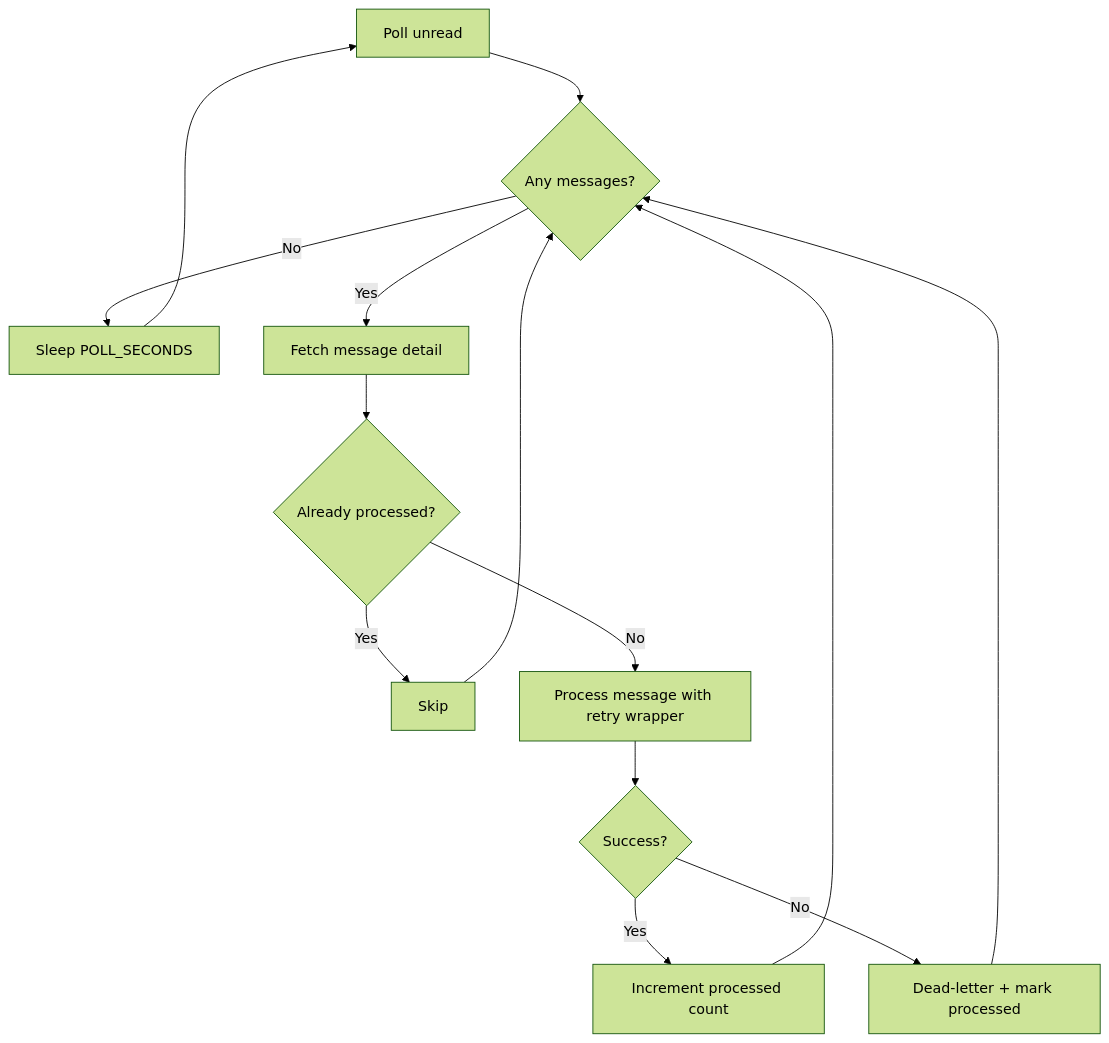
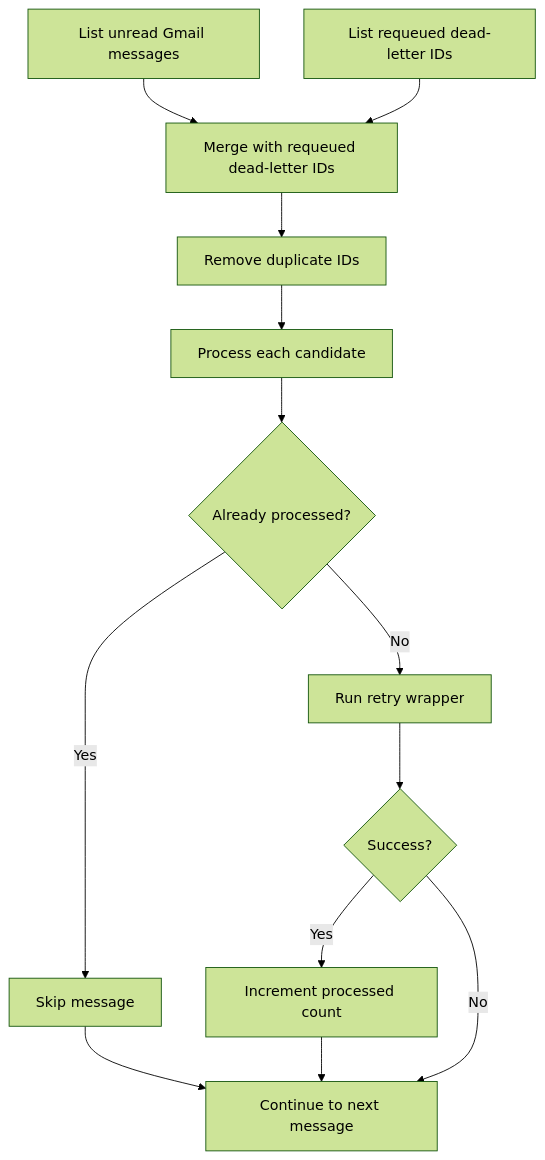
Before and after one commit to LunarMothStudios/Canna-Mailroom: the second of 4 diagrams in docs/runtime-and-pipeline.md, drawn with Mermaid (forest theme). The commit also changed other lines of this file and 16 other files, not shown here.

````diff
--- a/docs/runtime-and-pipeline.md
+++ b/docs/runtime-and-pipeline.md
@@ -61,16 +80,15 @@
 ```mermaid
 flowchart TD
-    A[Poll unread] --> B{Any messages?}
-    B -- No --> Z[Sleep POLL_SECONDS]
-    B -- Yes --> C[Fetch message detail]
-    C --> D{Already processed?}
-    D -- Yes --> N[Skip]
-    D -- No --> E[Process message with retry wrapper]
-    E --> F{Success?}
-    F -- Yes --> G[Increment processed count]
-    F -- No --> H[Dead-letter + mark processed]
-    N --> B
-    G --> B
-    H --> B
-    Z --> A
+    Poll["List unread Gmail messages"] --> Merge["Merge with requeued dead-letter IDs"]
+    Requeue["List requeued dead-letter IDs"] --> Merge
+    Merge --> Dedupe["Remove duplicate IDs"]
+    Dedupe --> Loop["Process each candidate"]
+    Loop --> Check{"Already processed?"}
+    Check -- Yes --> Skip["Skip message"]
+    Check -- No --> Retry["Run retry wrapper"]
+    Retry --> Success{"Success?"}
+    Success -- Yes --> Count["Increment processed count"]
+    Success -- No --> Next["Continue to next message"]
+    Skip --> Next
+    Count --> Next
 ```
````
